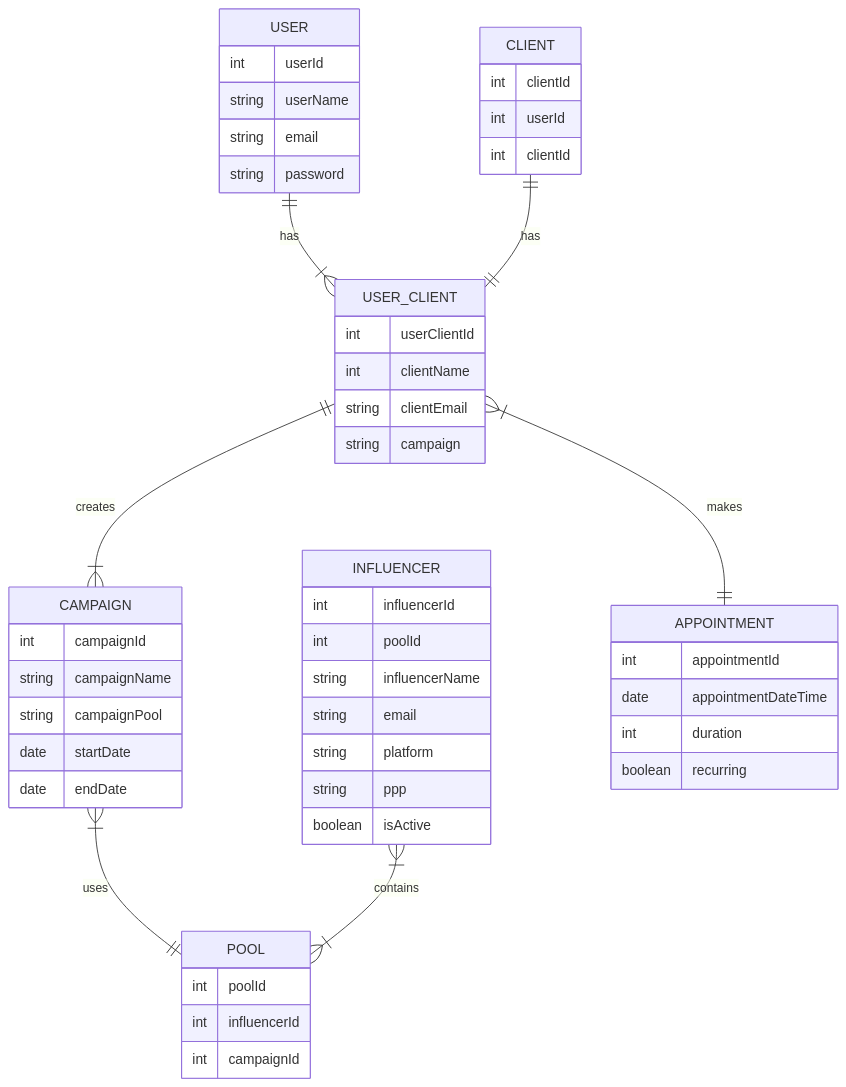
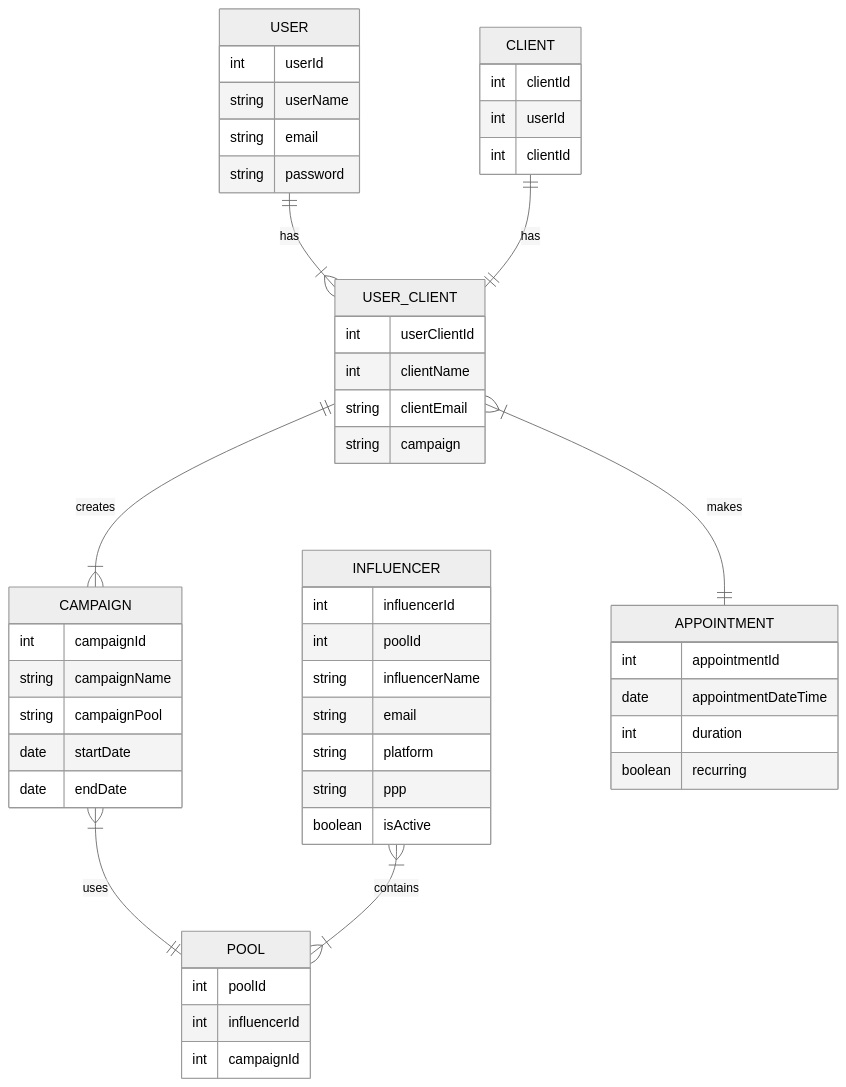
The second of 2 diagrams in README.md (ConorPMullan/swim-marketing), drawn with Mermaid before and after one commit.

````diff
--- a/README.md
+++ b/README.md
@@ -53,54 +53,56 @@
 ``` mermaid
+%%{init: {'theme': 'neutral' } }%%
+
 erDiagram
     USER {
         int userId
         string userName
         string email
         string password
     }
     CLIENT {
         int clientId
         int userId
         int clientId
     }
     USER_CLIENT {
         int userClientId
         int clientName
         string clientEmail
         string campaign
     }
     CAMPAIGN {
         int campaignId
         string campaignName
         string campaignPool
         date startDate
         date endDate
     }
     POOL {
         int poolId
         int influencerId
         int campaignId
     }
     INFLUENCER {
         int influencerId
         int poolId
         string influencerName
         string email
         string platform
         string ppp
         boolean isActive
     }
     APPOINTMENT {
         int appointmentId
         date appointmentDateTime
         int duration
         boolean recurring
     }
     USER ||--|{ USER_CLIENT: "has"
     CLIENT ||--|| USER_CLIENT: "has"
     USER_CLIENT ||--|{ CAMPAIGN : "creates"
     USER_CLIENT }|--|| APPOINTMENT : "makes"
     CAMPAIGN }|--|| POOL : "uses"
     INFLUENCER }|--|{ POOL : "contains"
 
 ```
````
